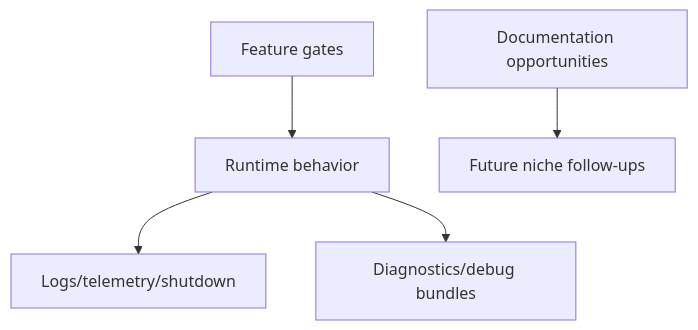
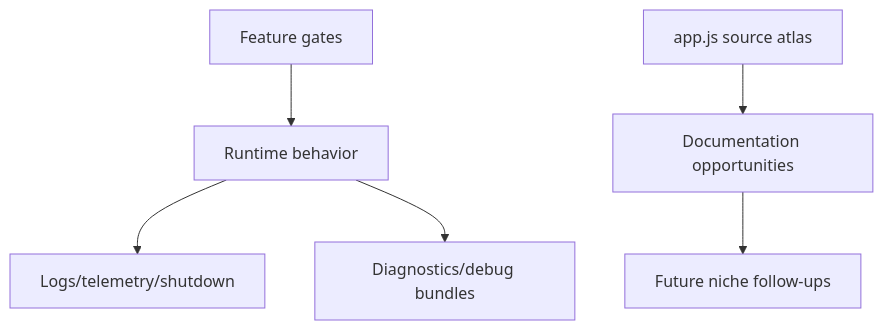
One commit to vibewatch/copilot-cli-internals changed the diagram in docs/08-operations-and-research/README.md. Above: the diagram before and after it, drawn with Mermaid. The commit also changed other lines of this file and 20 other files, not shown here.

````diff
--- a/docs/08-operations-and-research/README.md
+++ b/docs/08-operations-and-research/README.md
@@ -18,14 +18,16 @@
 ```mermaid
 flowchart TD
     Gates[Feature gates] --> Runtime[Runtime behavior]
+    Atlas[app.js source atlas] --> Research[Documentation opportunities]
     Runtime --> Observability[Logs/telemetry/shutdown]
     Runtime --> Diagnostics[Diagnostics/debug bundles]
     Research[Documentation opportunities] --> Backlog[Future niche follow-ups]
 
     click Gates "./feature-gates/" "Open feature gates"
+    click Atlas "./app-js-source-atlas/" "Open app.js source atlas"
     click Runtime "../01-runtime-and-ui/cli-runtime-workflows/" "Open CLI runtime workflows"
     click Observability "./observability-update-shutdown/" "Open observability and shutdown"
     click Diagnostics "./diagnostics-feedback-debug-bundles/" "Open diagnostics and debug bundles"
     click Research "./documentation-opportunities/" "Open documentation opportunities"
     click Backlog "./documentation-opportunities/" "Open future follow-ups"
 ```
````
